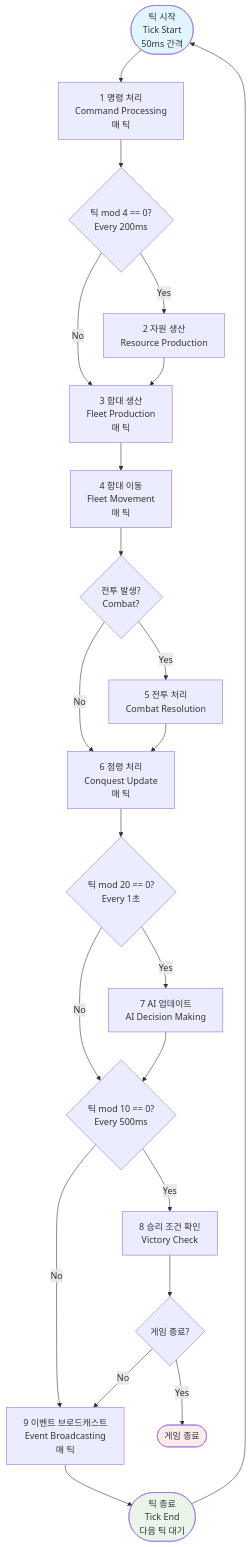
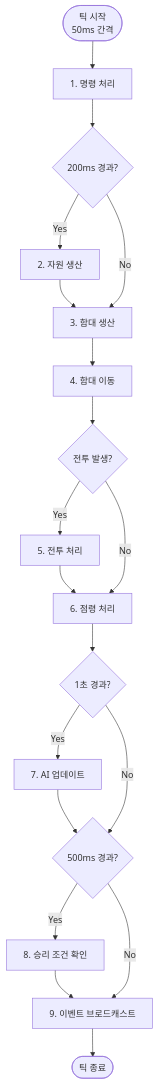
Before and after one commit to Bo-sung/InterPlanetery_Server: the third of 3 diagrams in Docs/interplanetary_system_spec.md, drawn with Mermaid. The commit also changed other lines of this file and 19 other files, not shown here.

````diff
--- a/Docs/interplanetary_system_spec.md
+++ b/Docs/interplanetary_system_spec.md
@@ -443,57 +401,31 @@
 ```mermaid
 flowchart TD
-    Start([틱 시작<br/>Tick Start<br/>50ms 간격])
+    Start([틱 시작<br/>50ms 간격])
+    A[1. 명령 처리]
+    B{200ms 경과?}
+    B1[2. 자원 생산]
+    C[3. 함대 생산]
+    D[4. 함대 이동]
+    E{전투 발생?}
+    F[5. 전투 처리]
+    G[6. 점령 처리]
+    H{1초 경과?}
+    H1[7. AI 업데이트]
+    I{500ms 경과?}
+    I1[8. 승리 조건 확인]
+    J[9. 이벤트 브로드캐스트]
+    End([틱 종료])
     
-    A[1 명령 처리<br/>Command Processing<br/>매 틱]
-    
-    B{틱 mod 4 == 0?<br/>Every 200ms}
-    B1[2 자원 생산<br/>Resource Production]
-    
-    C[3 함대 생산<br/>Fleet Production<br/>매 틱]
-    
-    D[4 함대 이동<br/>Fleet Movement<br/>매 틱]
-    
-    E{전투 발생?<br/>Combat?}
-    F[5 전투 처리<br/>Combat Resolution]
-    
-    G[6 점령 처리<br/>Conquest Update<br/>매 틱]
-    
-    H{틱 mod 20 == 0?<br/>Every 1초}
-    H1[7 AI 업데이트<br/>AI Decision Making]
-    
-    I{틱 mod 10 == 0?<br/>Every 500ms}
-    I1[8 승리 조건 확인<br/>Victory Check]
-    
-    J[9 이벤트 브로드캐스트<br/>Event Broadcasting<br/>매 틱]
-    
-    End([틱 종료<br/>Tick End<br/>다음 틱 대기])
-    
-    Victory{게임 종료?}
-    GameEnd([게임 종료])
-    
-    Start --> A
-    A --> B
-    B -->|Yes| B1
+    Start --> A --> B
+    B -->|Yes| B1 --> C
     B -->|No| C
-    B1 --> C
-    C --> D
-    D --> E
-    E -->|Yes| F
+    C --> D --> E
+    E -->|Yes| F --> G
     E -->|No| G
-    F --> G
     G --> H
-    H -->|Yes| H1
+    H -->|Yes| H1 --> I
     H -->|No| I
-    H1 --> I
-    I -->|Yes| I1
+    I -->|Yes| I1 --> J
     I -->|No| J
-    I1 --> Victory
-    Victory -->|No| J
-    Victory -->|Yes| GameEnd
     J --> End
-    End --> Start
-    
-    style Start fill:#e1f5fe
-    style End fill:#e8f5e8
-    style GameEnd fill:#ffebee
 ```
````
